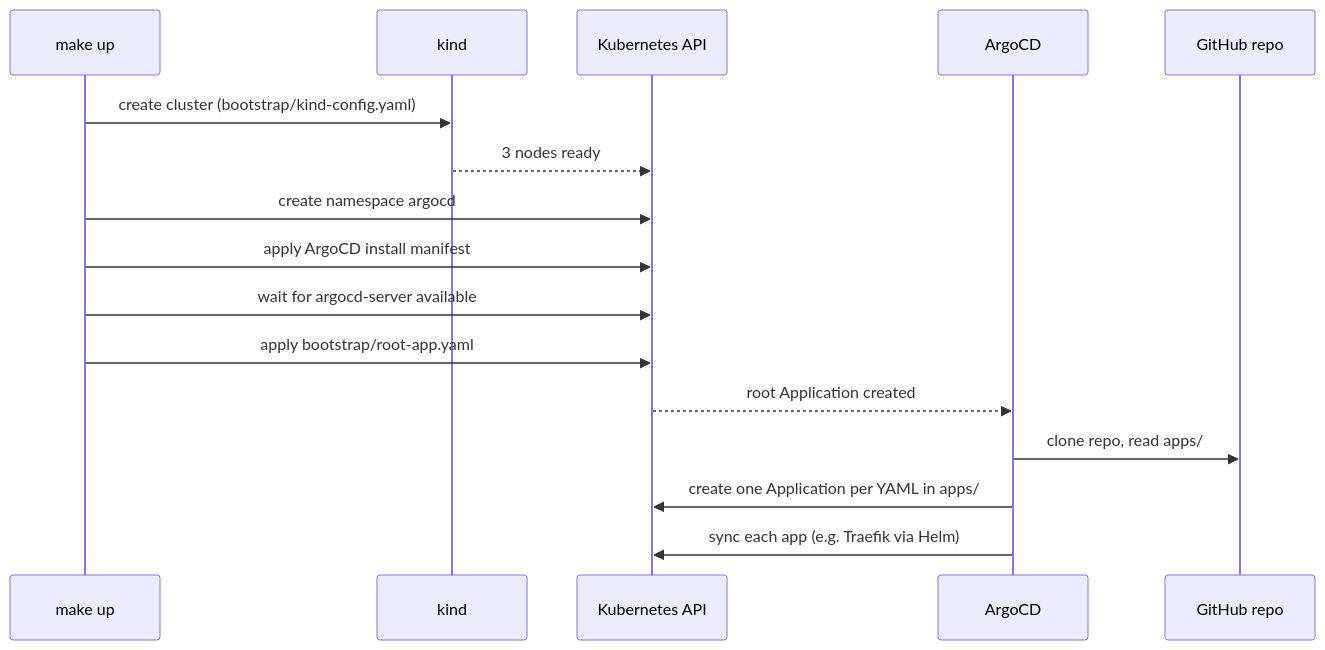
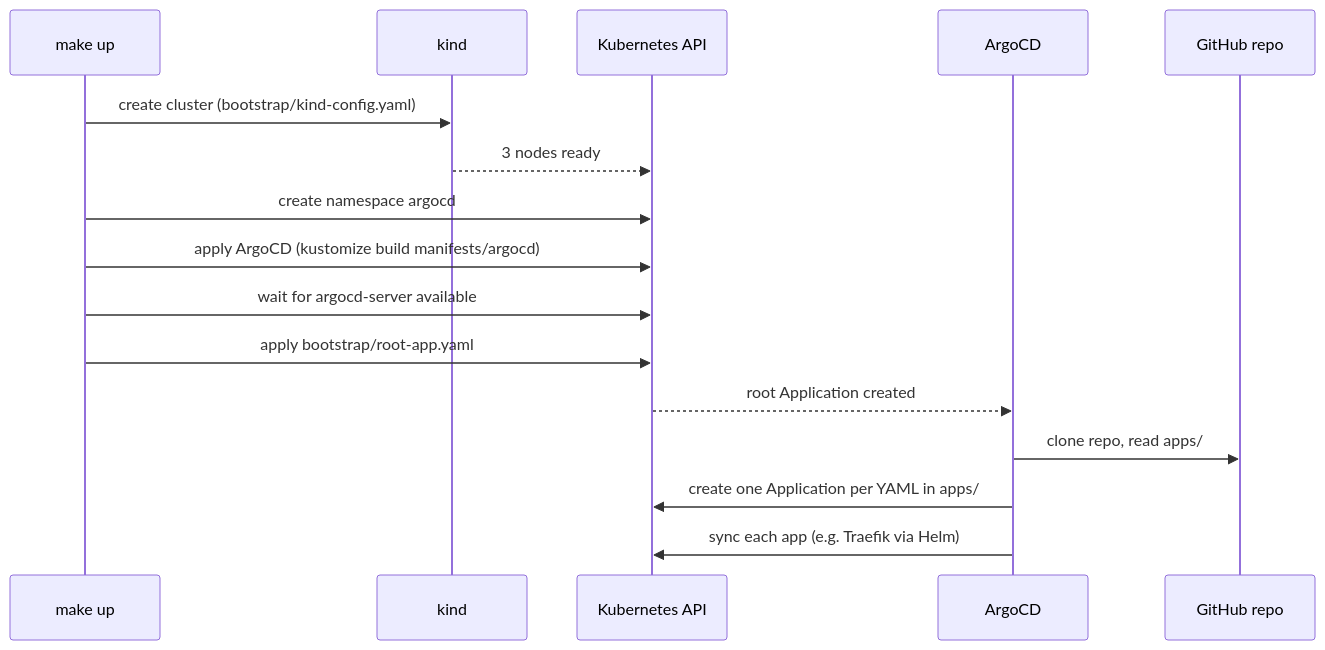
The second of 6 diagrams in docs/architecture.md (pablofc18/homelab-gitops), drawn with Mermaid before and after one commit. The commit also changed other lines of this file and 10 other files, not shown here.

````diff
--- a/docs/architecture.md
+++ b/docs/architecture.md
@@ -58,19 +58,19 @@
 ```mermaid
 sequenceDiagram
     participant Me as make up
     participant Kind as kind
     participant K8s as Kubernetes API
     participant Argo as ArgoCD
     participant Git as GitHub repo
 
     Me->>Kind: create cluster (bootstrap/kind-config.yaml)
     Kind-->>K8s: 3 nodes ready
     Me->>K8s: create namespace argocd
-    Me->>K8s: apply ArgoCD install manifest
+    Me->>K8s: apply ArgoCD (kustomize build manifests/argocd)
     Me->>K8s: wait for argocd-server available
     Me->>K8s: apply bootstrap/root-app.yaml
     K8s-->>Argo: root Application created
     Argo->>Git: clone repo, read apps/
     Argo->>K8s: create one Application per YAML in apps/
     Argo->>K8s: sync each app (e.g. Traefik via Helm)
 ```
````
